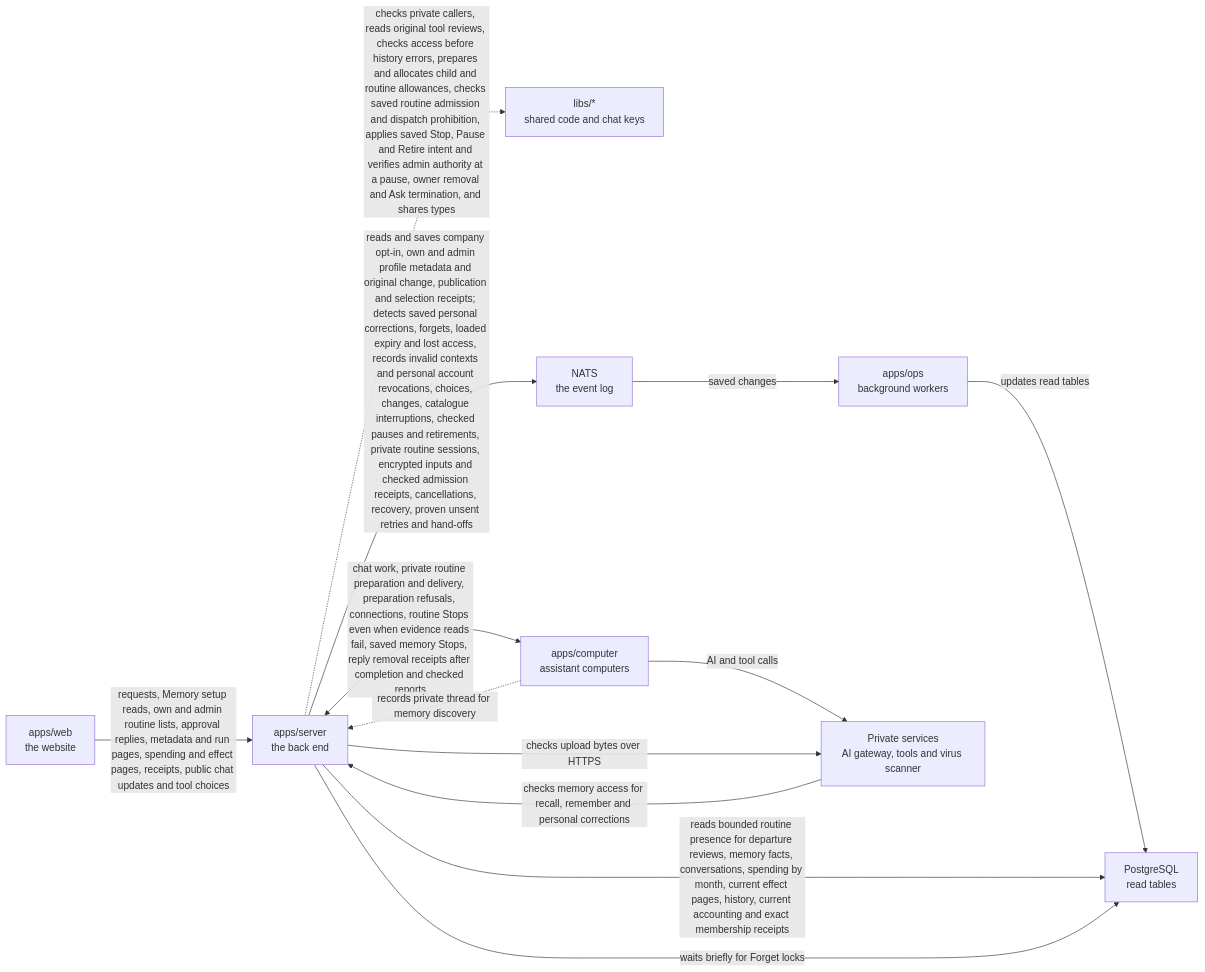
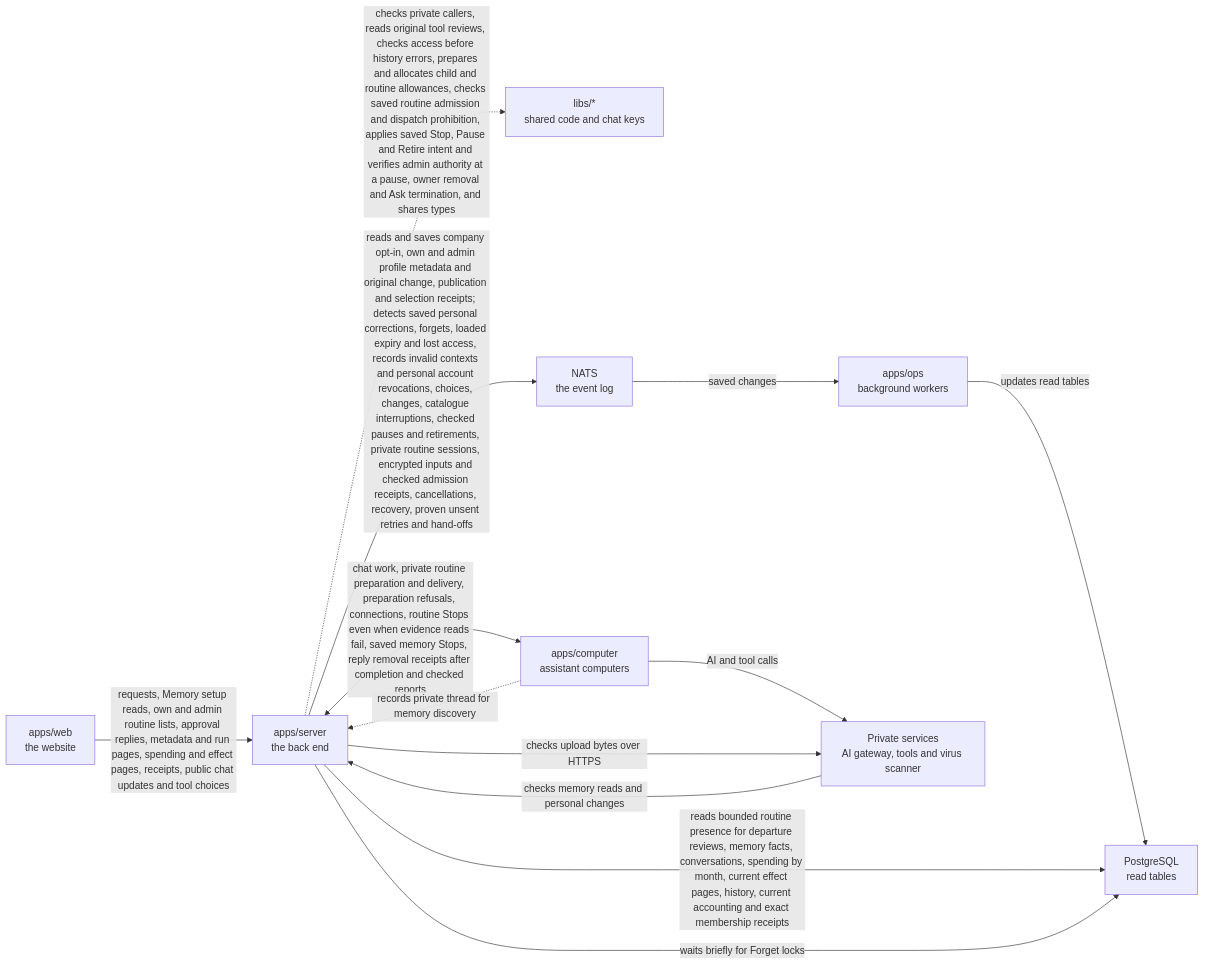
Before and after one commit to elewa-git/opencrane-new: the diagram in apps/server/README.md, drawn with Mermaid. The commit also changed other lines of this file and 10 other files, not shown here.

````diff
--- a/apps/server/README.md
+++ b/apps/server/README.md
@@ -147,15 +151,15 @@
 ```mermaid
 flowchart LR
   web["apps/web<br/>the website"] -->|requests, Memory setup reads, own and admin routine lists, approval replies, metadata and run pages, spending and effect pages, receipts, public chat updates and tool choices| server["apps/server<br/>the back end"]
   server -.->|checks private callers, reads original tool reviews, checks access before history errors, prepares and allocates child and routine allowances, checks saved routine admission and dispatch prohibition, applies saved Stop, Pause and Retire intent and verifies admin authority at a pause, owner removal and Ask termination, and shares types| libs["libs/*<br/>shared code and chat keys"]
   server -->|reads and saves company opt-in, own and admin profile metadata and original change, publication and selection receipts; detects saved personal corrections, forgets, loaded expiry and lost access, records invalid contexts and personal account revocations, choices, changes, catalogue interruptions, checked pauses and retirements, private routine sessions, encrypted inputs and checked admission receipts, cancellations, recovery, proven unsent retries and hand-offs| nats["NATS<br/>the event log"]
   nats -->|saved changes| ops["apps/ops<br/>background workers"]
   ops -->|updates read tables| postgres["PostgreSQL<br/>read tables"]
   server -->|reads bounded routine presence for departure reviews, memory facts, conversations, spending by month, current effect pages, history, current accounting and exact membership receipts| postgres
   server -->|waits briefly for Forget locks| postgres
   server <-->|chat work, private routine preparation and delivery, preparation refusals, connections, routine Stops even when evidence reads fail, saved memory Stops, reply removal receipts after completion and checked reports| computer["apps/computer<br/>assistant computers"]
   computer -.->|records private thread for memory discovery| server
   computer -->|AI and tool calls| runtime["Private services<br/>AI gateway, tools and virus scanner"]
   server -->|checks upload bytes over HTTPS| runtime
-  runtime -->|checks memory access for recall, remember and personal corrections| server
+  runtime -->|checks memory reads and personal changes| server
 ```
````
